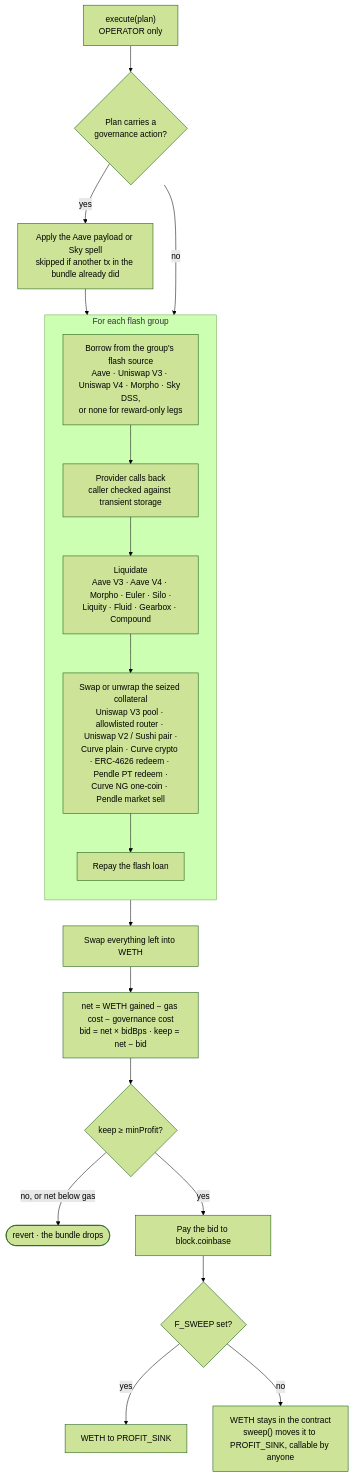
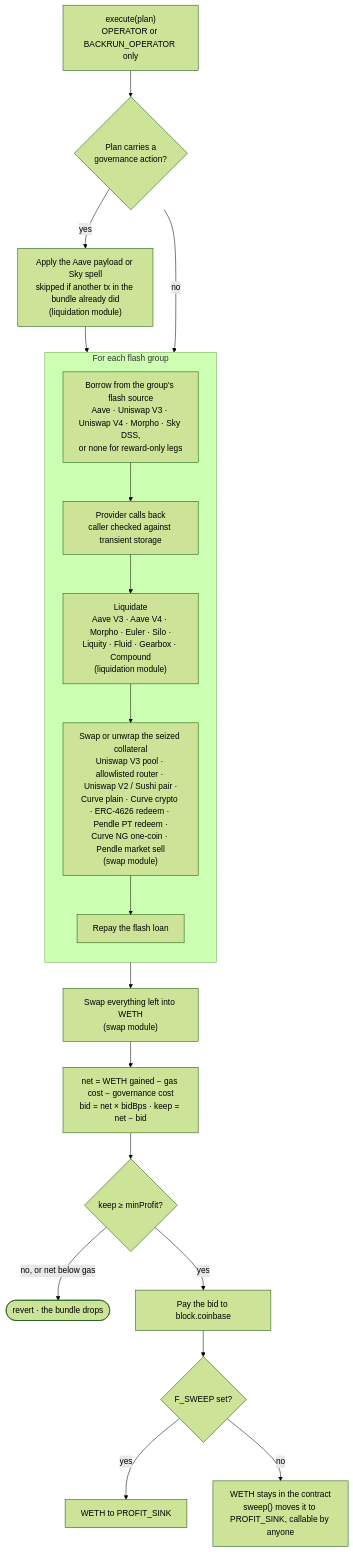
The seventh of 9 diagrams in README.md (appCryptoCrucible/liquidation), drawn with Mermaid (forest theme) before and after one commit. The commit also changed other lines of this file and 58 other files, not shown here.

````diff
--- a/README.md
+++ b/README.md
@@ -311,32 +323,32 @@
 ```mermaid
 flowchart TD
-    OP["execute(plan)<br/>OPERATOR only"]
+    OP["execute(plan)<br/>OPERATOR or BACKRUN_OPERATOR only"]
     GOVF{"Plan carries a<br/>governance action?"}
-    GOVA["Apply the Aave payload or Sky spell<br/>skipped if another tx in the bundle already did"]
+    GOVA["Apply the Aave payload or Sky spell<br/>skipped if another tx in the bundle already did<br/>(liquidation module)"]
     subgraph grp["For each flash group"]
         direction TB
         FLASH["Borrow from the group's flash source<br/>Aave · Uniswap V3 · Uniswap V4 · Morpho · Sky DSS,<br/>or none for reward-only legs"]
         CB["Provider calls back<br/>caller checked against transient storage"]
-        LEG["Liquidate<br/>Aave V3 · Aave V4 · Morpho · Euler · Silo ·<br/>Liquity · Fluid · Gearbox · Compound"]
-        SWAP["Swap or unwrap the seized collateral<br/>Uniswap V3 pool · allowlisted router · Uniswap V2 / Sushi pair ·<br/>Curve plain · Curve crypto · ERC-4626 redeem · Pendle PT redeem ·<br/>Curve NG one-coin · Pendle market sell"]
+        LEG["Liquidate<br/>Aave V3 · Aave V4 · Morpho · Euler · Silo ·<br/>Liquity · Fluid · Gearbox · Compound<br/>(liquidation module)"]
+        SWAP["Swap or unwrap the seized collateral<br/>Uniswap V3 pool · allowlisted router · Uniswap V2 / Sushi pair ·<br/>Curve plain · Curve crypto · ERC-4626 redeem · Pendle PT redeem ·<br/>Curve NG one-coin · Pendle market sell<br/>(swap module)"]
         REPAY["Repay the flash loan"]
         FLASH --> CB --> LEG --> SWAP --> REPAY
     end
-    PSWAP["Swap everything left into WETH"]
+    PSWAP["Swap everything left into WETH<br/>(swap module)"]
     NET["net = WETH gained − gas cost − governance cost<br/>bid = net × bidBps · keep = net − bid"]
     CHECK{"keep ≥ minProfit?"}
     REV(["revert · the bundle drops"])
     PAY["Pay the bid to block.coinbase"]
     SWEEPF{"F_SWEEP set?"}
     SINK["WETH to PROFIT_SINK"]
     HOLD["WETH stays in the contract<br/>sweep() moves it to PROFIT_SINK, callable by anyone"]
 
     OP --> GOVF
     GOVF -->|yes| GOVA --> FLASH
     GOVF -->|no| FLASH
     REPAY --> PSWAP --> NET --> CHECK
     CHECK -->|"no, or net below gas"| REV
     CHECK -->|yes| PAY --> SWEEPF
     SWEEPF -->|yes| SINK
     SWEEPF -->|no| HOLD
 ```
````
